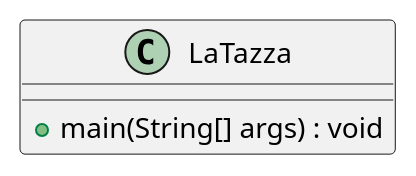
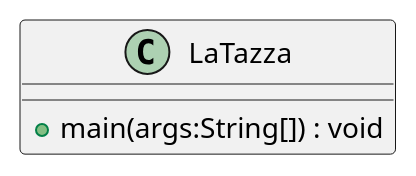
One commit to eloparco/LaTazza changed the second of 5 diagrams in design_document.md. Above: the diagram before and after it, drawn with PlantUML. The commit also changed other lines of this file, not shown here.

Commit message:
update class diagrams: removed useless setters, fixed UML notation (<name>:<type>), introduced hierarchy Account-EmployeeAccount and removed class LaTazzaAccount, removed Date from constructors of transaction hierarchy

````diff
--- a/design_document.md
+++ b/design_document.md
@@ -46,5 +46,5 @@
 ```plantuml
 class LaTazza {
-    + main(String[] args) : void
+	+main(args:String[]) : void
 }
 ```
````
